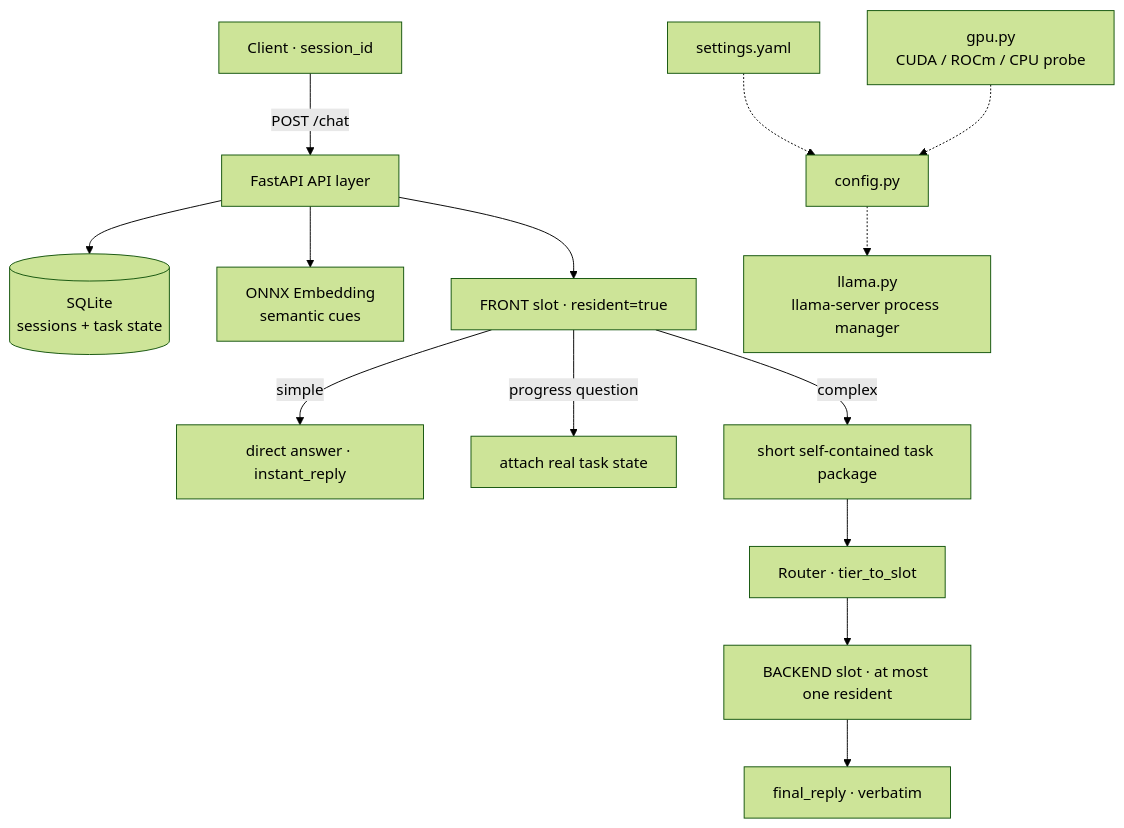
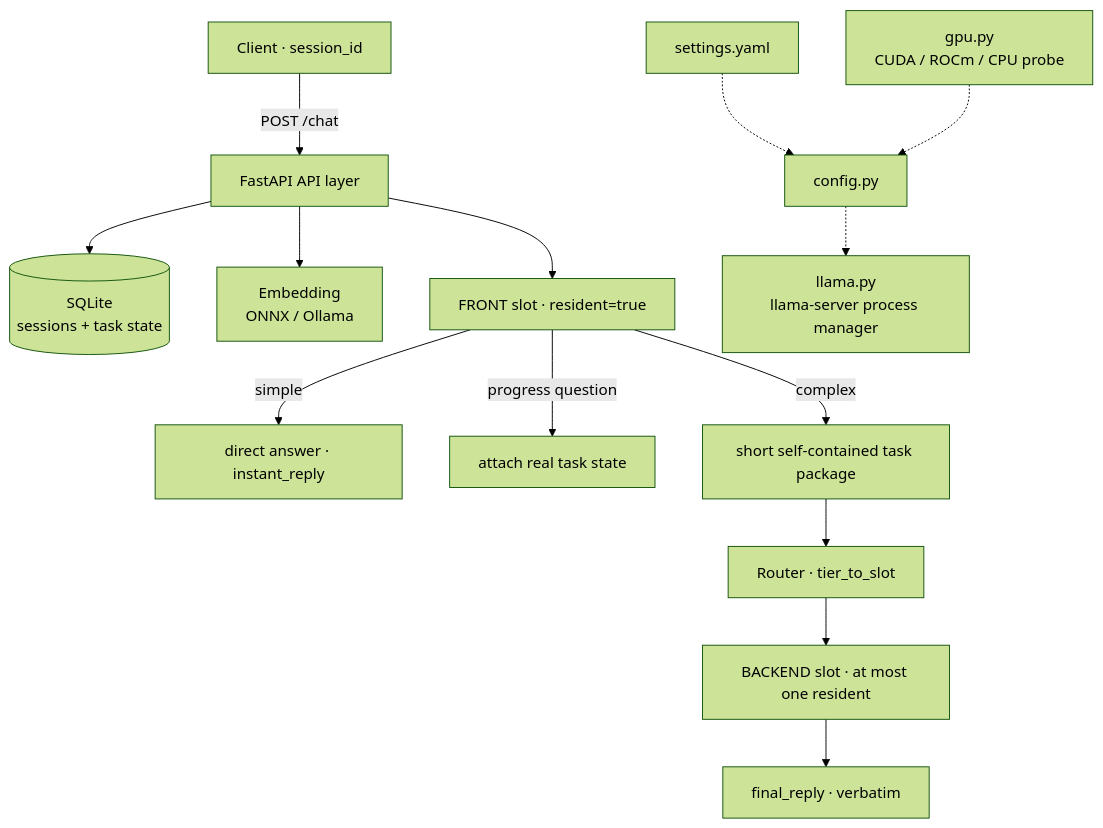
The first of 2 diagrams in README.md (liuda1999/explore-router), drawn with Mermaid (forest theme) before and after one commit. The commit also changed other lines of this file and 31 other files, not shown here.

````diff
--- a/README.md
+++ b/README.md
@@ -44,17 +49,17 @@
 ```mermaid
 flowchart TD
     C[Client · session_id] -->|POST /chat| A[FastAPI API layer]
     A --> S[(SQLite<br/>sessions + task state)]
-    A --> E[ONNX Embedding<br/>semantic cues]
+    A --> E[Embedding<br/>ONNX / Ollama]
     A --> F[FRONT slot · resident=true]
     F -->|simple| D[direct answer · instant_reply]
     F -->|progress question| P[attach real task state]
     F -->|complex| Q[short self-contained task package]
     Q --> R[Router · tier_to_slot]
     R --> B[BACKEND slot · at most one resident]
     B --> V[final_reply · verbatim]
 
     G[settings.yaml] -.-> CFG[config.py]
     GPU[gpu.py<br/>CUDA / ROCm / CPU probe] -.-> CFG
     CFG -.-> LL[llama.py<br/>llama-server process manager]
 ```
````
